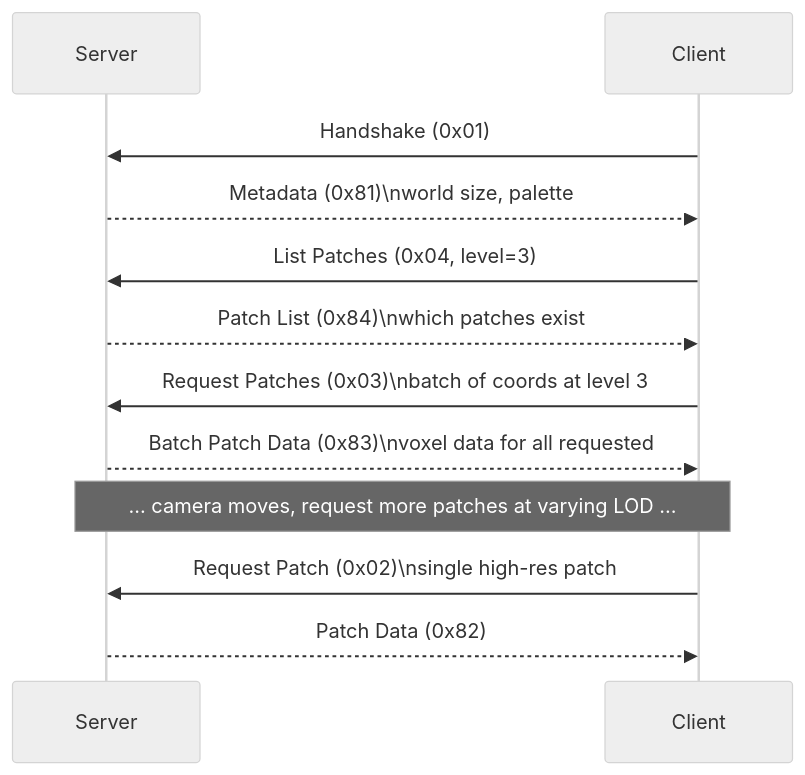
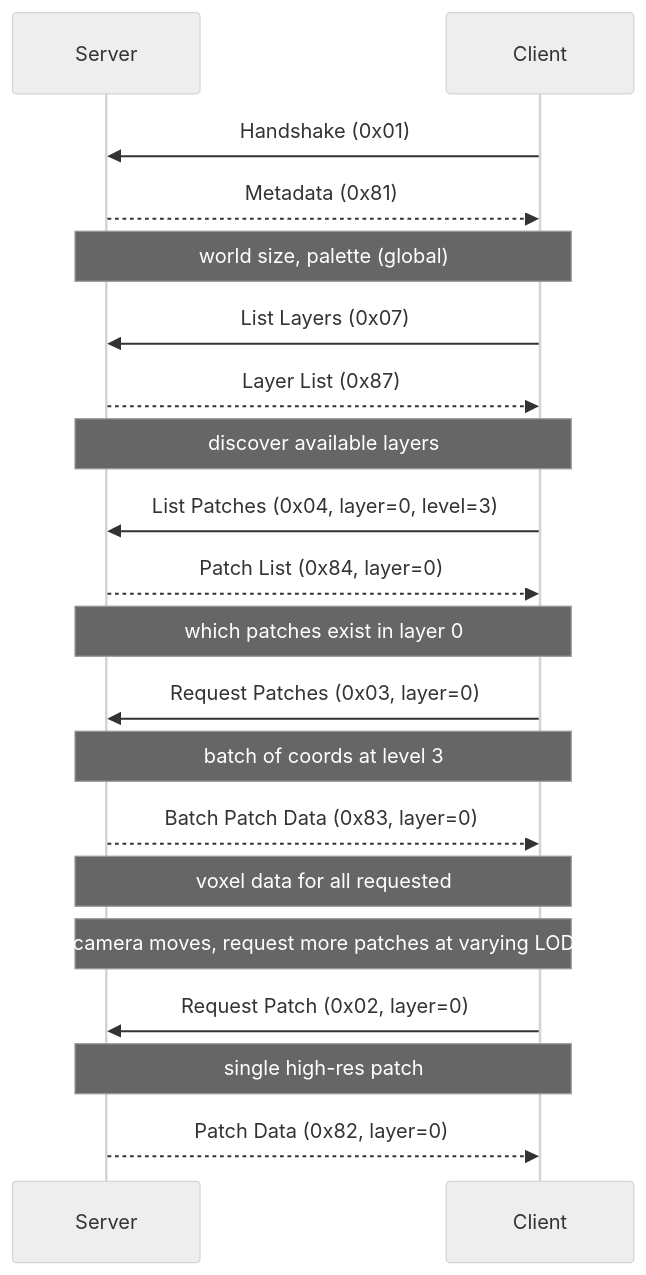
The first of 2 diagrams in docs/Protocol_Voxel_WebSocket.md (mlaass/selvox), drawn with Mermaid (neutral theme) before and after one commit. The commit also changed other lines of this file and 15 other files, not shown here.

Commit message:
Add layer support to protocol, server, and WebSocket client

````diff
--- a/docs/Protocol_Voxel_WebSocket.md
+++ b/docs/Protocol_Voxel_WebSocket.md
@@ -64,19 +74,28 @@
 ```mermaid
 sequenceDiagram
   participant Server
   participant Client
 
   Client->>Server: Handshake (0x01)
-  Server-->>Client: Metadata (0x81)\nworld size, palette
+  Server-->>Client: Metadata (0x81)
+  Note over Client,Server: world size, palette (global)
 
-  Client->>Server: List Patches (0x04, level=3)
-  Server-->>Client: Patch List (0x84)\nwhich patches exist
+  Client->>Server: List Layers (0x07)
+  Server-->>Client: Layer List (0x87)
+  Note over Client,Server: discover available layers
 
-  Client->>Server: Request Patches (0x03)\nbatch of coords at level 3
-  Server-->>Client: Batch Patch Data (0x83)\nvoxel data for all requested
+  Client->>Server: List Patches (0x04, layer=0, level=3)
+  Server-->>Client: Patch List (0x84, layer=0)
+  Note over Client,Server: which patches exist in layer 0
+
+  Client->>Server: Request Patches (0x03, layer=0)
+  Note over Client,Server: batch of coords at level 3
+  Server-->>Client: Batch Patch Data (0x83, layer=0)
+  Note over Client,Server: voxel data for all requested
 
   Note over Client,Server: ... camera moves, request more patches at varying LOD ...
 
-  Client->>Server: Request Patch (0x02)\nsingle high-res patch
-  Server-->>Client: Patch Data (0x82)
+  Client->>Server: Request Patch (0x02, layer=0)
+  Note over Client,Server: single high-res patch
+  Server-->>Client: Patch Data (0x82, layer=0)
 ```
````
